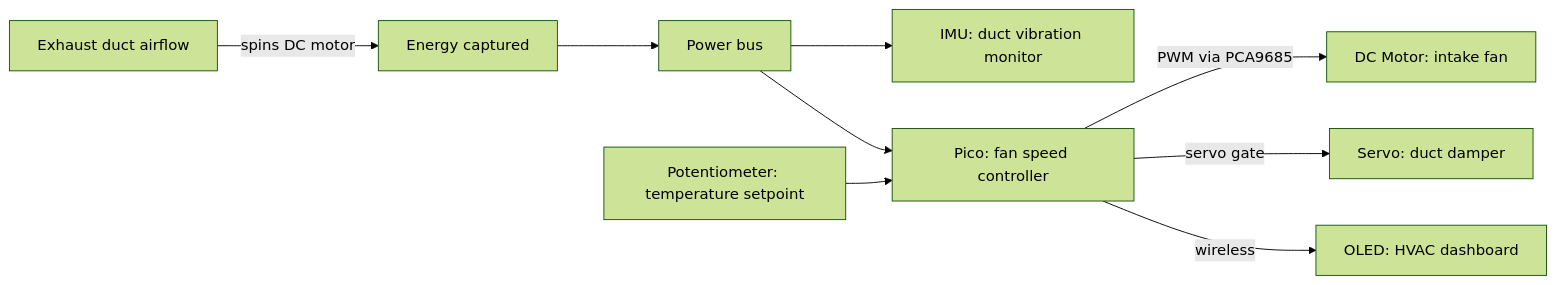
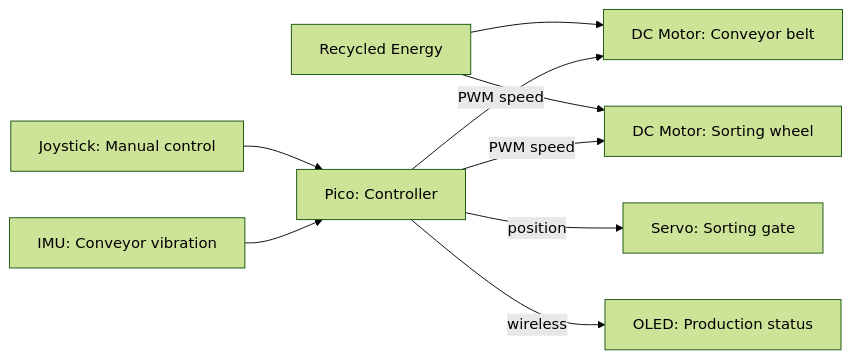
Before and after one commit to doyun-gu/hack-a-bot-2026: the seventh of 11 diagrams in docs/gridbox-proposal.md, drawn with Mermaid (forest theme). The commit also changed other lines of this file, not shown here.

First line of the commit message:
Revise GridBox: power input assumed, motors as actuators

````diff
--- a/docs/gridbox-proposal.md
+++ b/docs/gridbox-proposal.md
@@ -319,11 +202,11 @@
 ```mermaid
 graph LR
-    EXHAUST[Exhaust duct airflow] -->|"spins DC motor"| GEN[Energy captured]
-    GEN --> BUS[Power bus]
-    BUS --> SENSOR[IMU: duct vibration monitor]
-    BUS --> CTRL[Pico: fan speed controller]
-    CTRL -->|"PWM via PCA9685"| FAN[DC Motor: intake fan]
-    CTRL -->|"servo gate"| DAMPER[Servo: duct damper]
-    POT[Potentiometer: temperature setpoint] --> CTRL
-    CTRL -->|"wireless"| DASH[OLED: HVAC dashboard]
+    ENERGY3[Recycled Energy] --> CONV[DC Motor: Conveyor belt]
+    ENERGY3 --> SORT[DC Motor: Sorting wheel]
+    JOY3[Joystick: Manual control] --> PICO3[Pico: Controller]
+    IMU3[IMU: Conveyor vibration] --> PICO3
+    PICO3 -->|PWM speed| CONV
+    PICO3 -->|PWM speed| SORT
+    PICO3 -->|position| GATE[Servo: Sorting gate]
+    PICO3 -->|wireless| DASH3[OLED: Production status]
 ```
````
